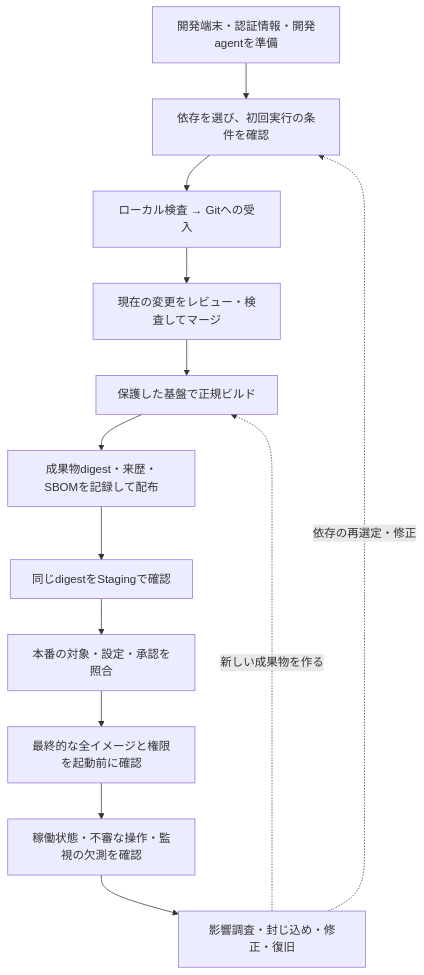
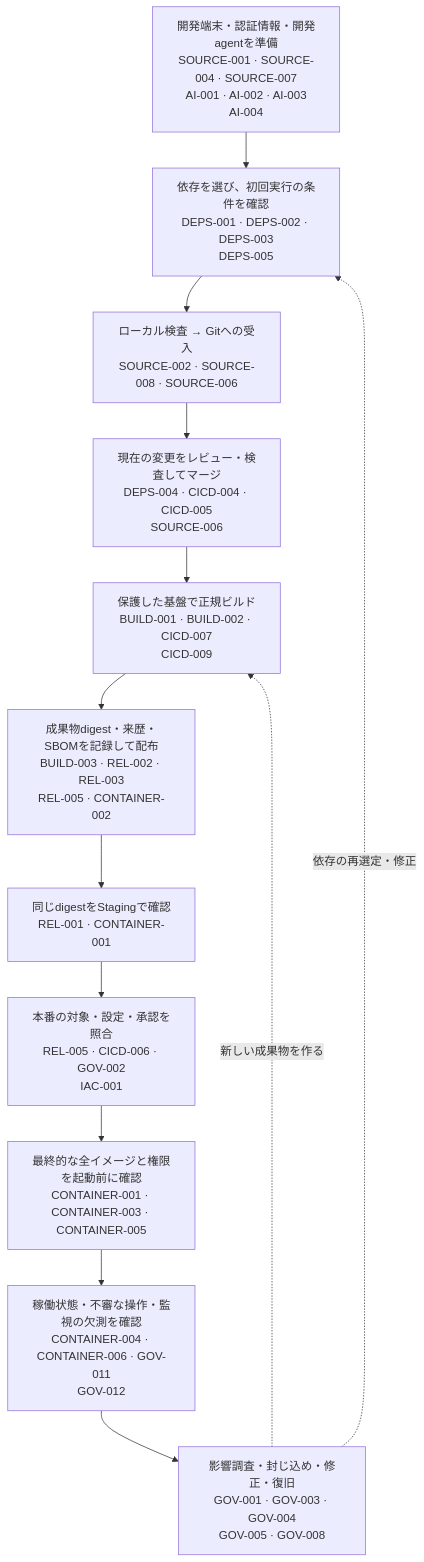
One commit to DharmaDoll/product-security-guidance changed the diagram in engineering/developer-to-production.md. Above: the diagram before and after it, drawn with Mermaid. The commit also changed other lines of this file and 356 other files, not shown here.

````diff
--- a/engineering/developer-to-production.md
+++ b/engineering/developer-to-production.md
@@ -13,18 +15,18 @@
 ```mermaid
 flowchart TD
-  A[開発端末・認証情報・開発agentを準備]
-  B[依存を選び、初回実行の条件を確認]
-  C[ローカル検査 → Gitへの受入]
-  D[現在の変更をレビュー・検査してマージ]
-  E[保護した基盤で正規ビルド]
-  F[成果物digest・来歴・SBOMを記録して配布]
-  G[同じdigestをStagingで確認]
-  H[本番の対象・設定・承認を照合]
-  I[最終的な全イメージと権限を起動前に確認]
-  J[稼働状態・不審な操作・監視の欠測を確認]
-  K[影響調査・封じ込め・修正・復旧]
+  A["開発端末・認証情報・開発agentを準備<br/>SOURCE-001 · SOURCE-004 · SOURCE-007<br/>AI-001 · AI-002 · AI-003<br/>AI-004"]
+  B["依存を選び、初回実行の条件を確認<br/>DEPS-001 · DEPS-002 · DEPS-003<br/>DEPS-005"]
+  C["ローカル検査 → Gitへの受入<br/>SOURCE-002 · SOURCE-008 · SOURCE-006"]
+  D["現在の変更をレビュー・検査してマージ<br/>DEPS-004 · CICD-004 · CICD-005<br/>SOURCE-006"]
+  E["保護した基盤で正規ビルド<br/>BUILD-001 · BUILD-002 · CICD-007<br/>CICD-009"]
+  F["成果物digest・来歴・SBOMを記録して配布<br/>BUILD-003 · REL-002 · REL-003<br/>REL-005 · CONTAINER-002"]
+  G["同じdigestをStagingで確認<br/>REL-001 · CONTAINER-001"]
+  H["本番の対象・設定・承認を照合<br/>REL-005 · CICD-006 · GOV-002<br/>IAC-001"]
+  I["最終的な全イメージと権限を起動前に確認<br/>CONTAINER-001 · CONTAINER-003 · CONTAINER-005"]
+  J["稼働状態・不審な操作・監視の欠測を確認<br/>CONTAINER-004 · CONTAINER-006 · GOV-011<br/>GOV-012"]
+  K["影響調査・封じ込め・修正・復旧<br/>GOV-001 · GOV-003 · GOV-004<br/>GOV-005 · GOV-008"]
   A --> B --> C --> D --> E --> F --> G --> H --> I --> J
   J --> K
   K -. 依存の再選定・修正 .-> B
   K -. 新しい成果物を作る .-> E
 ```
````
